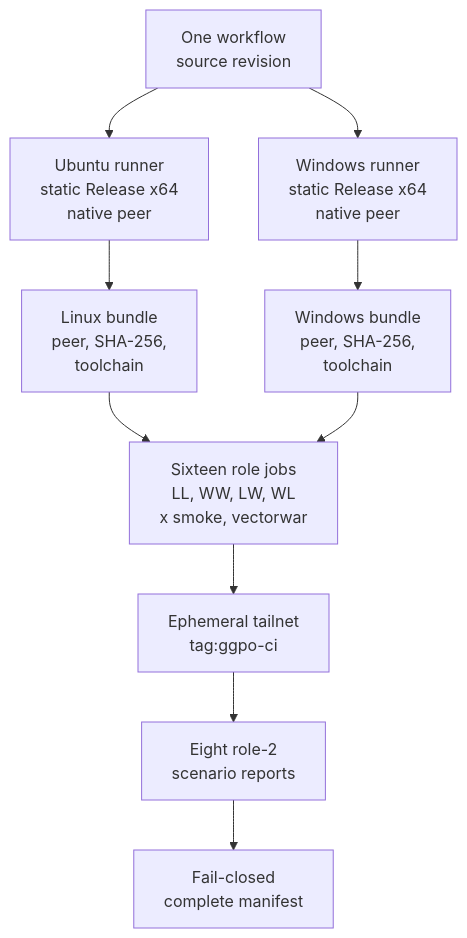
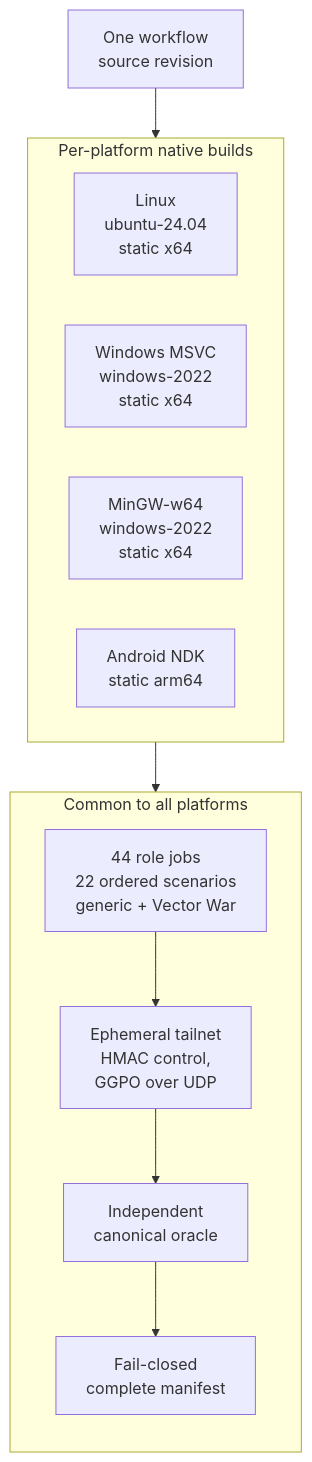
Before and after one commit to irregularthanis/ggpo-next: the first of 4 diagrams in doc/architecture/CrossPlatformTesting.md, drawn with Mermaid. The commit also changed other lines of this file, not shown here.

First line of the commit message:
docs: organize cross-platform E2E qualification by platform

````diff
--- a/doc/architecture/CrossPlatformTesting.md
+++ b/doc/architecture/CrossPlatformTesting.md
@@ -125,16 +53,23 @@
 ```mermaid
-flowchart TD
-    Source["One workflow<br/>source revision"]
-    LinuxBuild["Ubuntu runner<br/>static Release x64<br/>native peer"]
-    WindowsBuild["Windows runner<br/>static Release x64<br/>native peer"]
-    LinuxArtifact["Linux bundle<br/>peer, SHA-256,<br/>toolchain"]
-    WindowsArtifact["Windows bundle<br/>peer, SHA-256,<br/>toolchain"]
-    Matrix["Sixteen role jobs<br/>LL, WW, LW, WL<br/>x smoke, vectorwar"]
-    Tailnet["Ephemeral tailnet<br/>tag:ggpo-ci"]
-    Reports["Eight role-2<br/>scenario reports"]
-    Manifest["Fail-closed<br/>complete manifest"]
+flowchart TB
+    SRC["One workflow<br/>source revision"]
 
-    Source --> LinuxBuild --> LinuxArtifact --> Matrix
-    Source --> WindowsBuild --> WindowsArtifact --> Matrix
-    Matrix --> Tailnet --> Reports --> Manifest
+    subgraph BUILD["Per-platform native builds"]
+        direction LR
+        BL["Linux<br/>ubuntu-24.04<br/>static x64"]
+        BW["Windows MSVC<br/>windows-2022<br/>static x64"]
+        BM["MinGW-w64<br/>windows-2022<br/>static x64"]
+        BA["Android NDK<br/>static arm64"]
+    end
+
+    subgraph COMMON["Common to all platforms"]
+        direction TB
+        MATRIX["44 role jobs<br/>22 ordered scenarios<br/>generic + Vector War"]
+        NET["Ephemeral tailnet<br/>HMAC control,<br/>GGPO over UDP"]
+        ORACLE["Independent<br/>canonical oracle"]
+        MAN["Fail-closed<br/>complete manifest"]
+        MATRIX --> NET --> ORACLE --> MAN
+    end
+
+    SRC --> BUILD --> MATRIX
 ```
````
